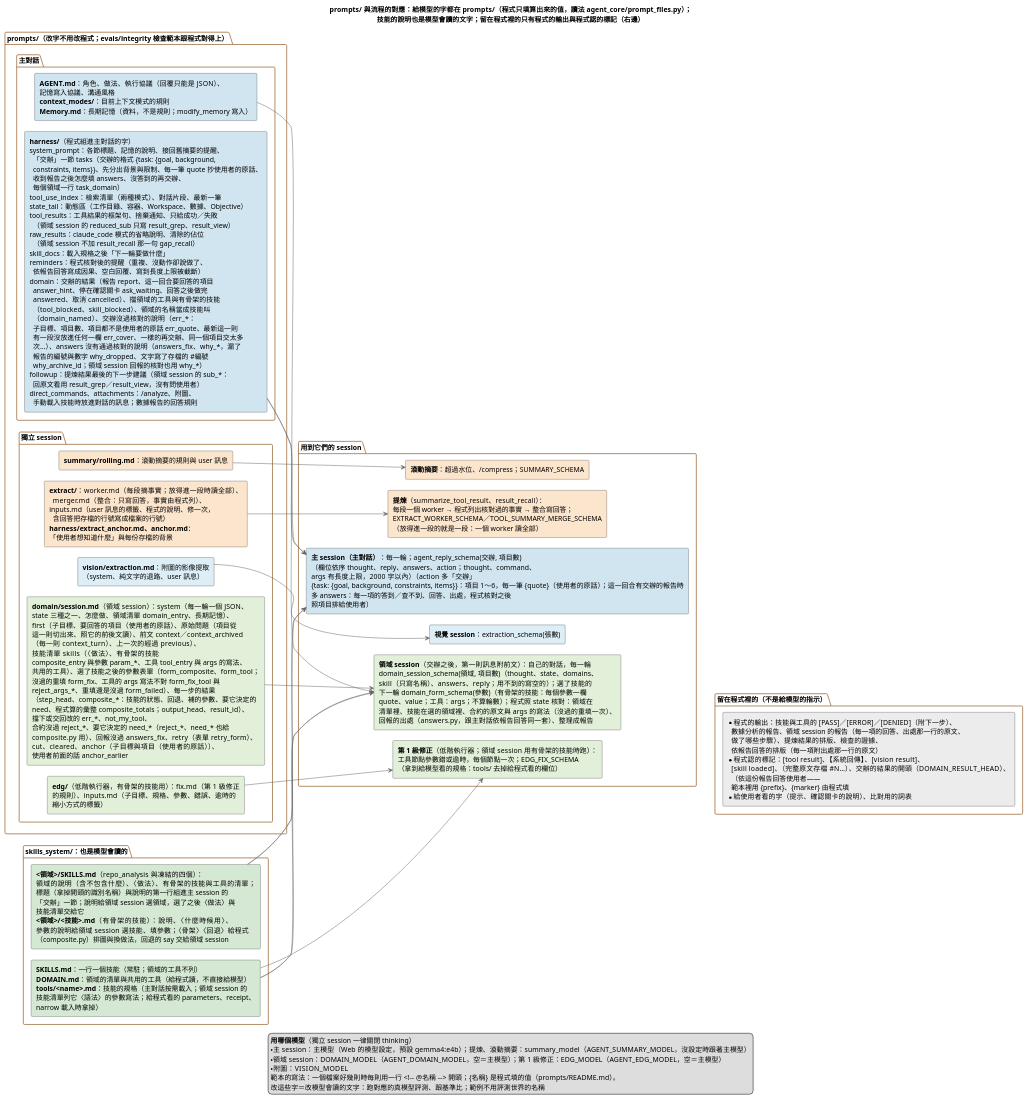
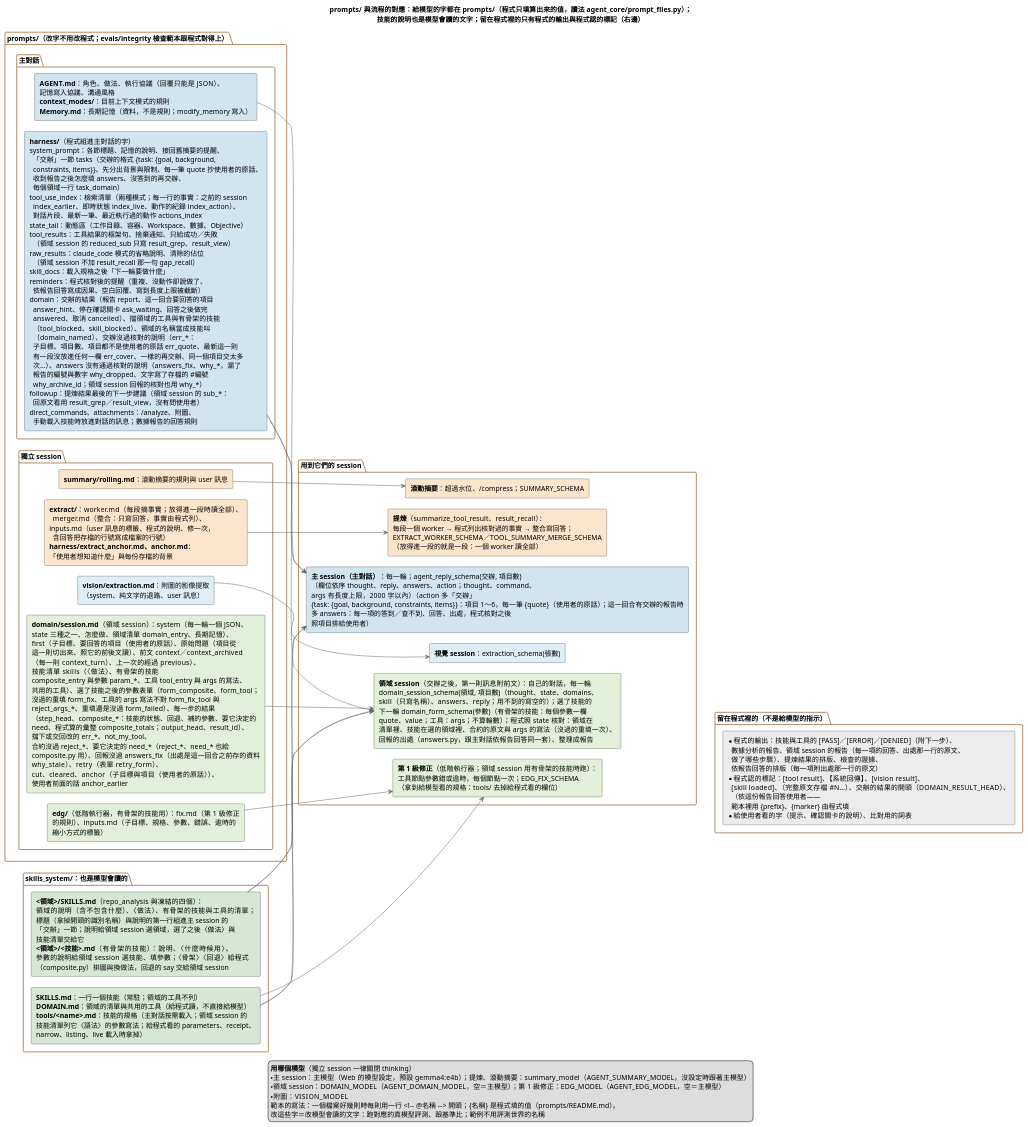
Before and after one commit to DavidZox/Coding_agnet: the diagram in doc/diagrams/prompts與流程的對應.puml, drawn with PlantUML. The commit also changed 12 other files, not shown here.

First line of the commit message:
docs: Architecture docs and diagrams for rounds 42-43; phase-end plan (round 44)

```diff
--- a/doc/diagrams/prompts與流程的對應.puml
+++ b/doc/diagrams/prompts與流程的對應.puml
@@ -1,191 +1,194 @@
 @startuml
 ' --- 樣式精準控制 ---
 skinparam shadowing false
 skinparam defaultFontName "Microsoft JhengHei"
 skinparam RectangleWidthMax 440
 skinparam PackageBorderColor #996633
 skinparam ArrowColor #666666
 skinparam ranksep 70
 skinparam nodesep 22
 left to right direction
 
 title prompts/ 與流程的對應：給模型的字都在 prompts/（程式只填算出來的值，讀法 agent_core/prompt_files.py）；\n技能的說明也是模型會讀的文字；留在程式裡的只有程式的輸出與程式認的標記（右邊）
 
 package "prompts/（改字不用改程式；evals/integrity 檢查範本跟程式對得上）" {
   package "主對話" {
     rectangle P_AGENT #D1E5F0 [
       **AGENT.md**：角色、做法、執行協議（回覆只能是 JSON）、
       記憶寫入協議、溝通風格
       **context_modes/**：目前上下文模式的規則
       **Memory.md**：長期記憶（資料，不是規則；modify_memory 寫入）
     ]
     rectangle P_HARNESS #D1E5F0 [
       **harness/**（程式組進主對話的字）
       system_prompt：各節標題、記憶的說明、接回舊摘要的提醒、
         「交辦」一節 tasks（交辦的格式 {task: {goal, background,
         constraints, items}}、先分出背景與限制、每一筆 quote 抄使用者的原話、
         收到報告之後怎麼填 answers、沒答到的再交辦、
         每個領域一行 task_domain）
-      tool_use_index：檢索清單（兩種模式）、對話片段、最新一筆
+      tool_use_index：檢索清單（兩種模式；每一行的事實：之前的 session
+        index_earlier、即時狀態 index_live、動作的紀錄 index_action）、
+        對話片段、最新一筆、最近執行過的動作 actions_index
       state_tail：動態區（工作目錄、容器、Workspace、數據、Objective）
       tool_results：工具結果的框架句、捨棄通知、只給成功／失敗
         （領域 session 的 reduced_sub 只寫 result_grep、result_view）
       raw_results：claude_code 模式的省略說明、清除的佔位
         （領域 session 不加 result_recall 那一句 gap_recall）
       skill_docs：載入規格之後「下一輪要做什麼」
       reminders：程式核對後的提醒（重複、沒動作卻說做了、
         依報告回答寫成因果、空白回覆、寫到長度上限被截斷）
       domain：交辦的結果（報告 report、這一回合要回答的項目
         answer_hint、停在確認關卡 ask_waiting、回答之後做完
         answered、取消 cancelled）、擋領域的工具與有骨架的技能
         （tool_blocked、skill_blocked）、領域的名稱當成技能叫
         （domain_named）、交辦沒過核對的說明（err_*：
         子目標、項目數、項目都不是使用者的原話 err_quote、最新這一則
         有一段沒放進任何一欄 err_cover、一樣的再交辦、同一個項目交太多
         次…）、answers 沒有通過核對的說明（answers_fix、why_*，漏了
         報告的編號與數字 why_dropped、文字寫了存檔的 #編號
         why_archive_id；領域 session 回報的核對也用 why_*）
       followup：提煉結果最後的下一步建議（領域 session 的 sub_*：
         回原文看用 result_grep／result_view，沒有問使用者）
       direct_commands、attachments：/analyze、附圖、
         手動載入技能時放進對話的訊息；數據報告的回答規則
     ]
   }
   package "獨立 session" {
     rectangle P_SUMMARY #FCE5CD [
       **summary/rolling.md**：滾動摘要的規則與 user 訊息
     ]
     rectangle P_EXTRACT #FCE5CD [
       **extract/**：worker.md（每段摘事實；放得進一段時讀全部）、
         merger.md（整合：只寫回答，事實由程式列）、
       inputs.md（user 訊息的標籤、程式的說明、修一次，
         含回答把存檔的行號寫成檔案的行號）
       **harness/extract_anchor.md、anchor.md**：
       「使用者想知道什麼」與每份存檔的背景
     ]
     rectangle P_VISION #DDEEF6 [
       **vision/extraction.md**：附圖的影像提取
       （system、純文字的退路、user 訊息）
     ]
     rectangle P_EDG #E2F0D9 [
       **edg/**（低階執行器，有骨架的技能用）：fix.md（第 1 級修正
       的規則）、inputs.md（子目標、規格、參數、錯誤、逾時的
       縮小方式的標籤）
     ]
     rectangle P_DOMAIN #E2F0D9 [
       **domain/session.md**（領域 session）：system（每一輪一個 JSON、
       state 三種之一、怎麼做、領域清單 domain_entry、長期記憶）、
       first（子目標、要回答的項目（使用者的原話）、原始問題（項目從
       這一則切出來、照它的前後文讀）、前文 context／context_archived
       （每一則 context_turn）、上一次的經過 previous）、
       技能清單 skills（〈做法〉、有骨架的技能
       composite_entry 與參數 param_*、工具 tool_entry 與 args 的寫法、
       共用的工具）、選了技能之後的參數表單（form_composite、form_tool；
       沒過的重填 form_fix、工具的 args 寫法不對 form_fix_tool 與
       reject_args_*、重填還是沒過 form_failed）、每一步的結果
       （step_head、composite_*：技能的狀態、回退、補的參數、要它決定的
       need、程式算的彙整 composite_totals；output_head、result_id）、
       擋下或交回改的 err_*、not_my_tool、
       合約沒過 reject_*、要它決定的 need_*（reject_*、need_* 也給
-      composite.py 用）、回報沒過 answers_fix、retry（表單 retry_form）、
+      composite.py 用）、回報沒過 answers_fix（出處是這一回合之前存的資料
+      why_stale）、retry（表單 retry_form）、
       cut、cleared、anchor（子目標與項目（使用者的原話））、
       使用者前面的話 anchor_earlier
     ]
   }
 }
 
 package "skills_system/：也是模型會讀的" {
   rectangle K_ALL #D5E8D4 [
     **SKILLS.md**：一行一個技能（常駐；領域的工具不列）
     **DOMAIN.md**：領域的清單與共用的工具（給程式讀，不直接給模型）
     **tools/<name>.md**：技能的規格（主對話按需載入；領域 session 的
     技能清單列它〈語法〉的參數寫法；給程式看的 parameters、receipt、
-    narrow 載入時拿掉）
+    narrow、listing、live 載入時拿掉）
   ]
   rectangle K_DOMAIN #D5E8D4 [
     **<領域>/SKILLS.md**（repo_analysis 與凍結的四個）：
     領域的說明（含不包含什麼）、〈做法〉、有骨架的技能與工具的清單；
     標題（拿掉開頭的識別名稱）與說明的第一行組進主 session 的
     「交辦」一節；說明給領域 session 選領域，選了之後〈做法〉與
     技能清單交給它
     **<領域>/<技能>.md**（有骨架的技能）：說明、〈什麼時候用〉、
     參數的說明給領域 session 選技能、填參數；〈骨架〉〈回退〉給程式
     （composite.py）排圖與換做法，回退的 say 交給領域 session
   ]
 }
 
 package "用到它們的 session" {
   rectangle S_MAIN #D1E5F0 [
     **主 session（主對話）**：每一輪；agent_reply_schema(交辦, 項目數)
     （欄位依序 thought、reply、answers、action；thought、command、
     args 有長度上限，2000 字以內）（action 多「交辦」
     {task: {goal, background, constraints, items}}：項目 1～6，每一筆 {quote}（使用者的原話）；這一回合有交辦的報告時
     多 answers：每一項的答到／查不到、回答、出處，程式核對之後
     照項目排給使用者）
   ]
   rectangle S_DOMAIN #E2F0D9 [
     **領域 session**（交辦之後，第一則訊息附前文）：自己的對話，每一輪
     domain_session_schema(領域, 項目數)（thought、state、domains、
     skill（只寫名稱）、answers、reply；用不到的寫空的）；選了技能的
     下一輪 domain_form_schema(參數)（有骨架的技能：每個參數一欄
     quote、value；工具：args；不算輪數）；程式照 state 核對：領域在
     清單裡、技能在選的領域裡、合約的原文與 args 的寫法（沒過的重填一次）、
     回報的出處（answers.py，跟主對話依報告回答同一套）、整理成報告
   ]
   rectangle S_SUMMARY #FCE5CD [
     **滾動摘要**：超過水位、/compress；SUMMARY_SCHEMA
   ]
   rectangle S_EXTRACT #FCE5CD [
     **提煉**（summarize_tool_result、result_recall）：
     每段一個 worker → 程式列出核對過的事實 → 整合寫回答；
     EXTRACT_WORKER_SCHEMA／TOOL_SUMMARY_MERGE_SCHEMA
     （放得進一段的就是一段：一個 worker 讀全部）
   ]
   rectangle S_VISION #DDEEF6 [
     **視覺 session**：extraction_schema(張數)
   ]
   rectangle S_EDG #E2F0D9 [
     **第 1 級修正**（低階執行器；領域 session 用有骨架的技能時跑）：
     工具節點參數錯或逾時，每個節點一次；EDG_FIX_SCHEMA
     （拿到給模型看的規格：tools/ 去掉給程式看的欄位）
   ]
 }
 
 package "留在程式裡的（不是給模型的指示）" {
   rectangle C_LIST #ECECEC [
     * 程式的輸出：技能與工具的 [PASS]／[ERROR]／[DENIED]（附下一步）、
       數據分析的報告、領域 session 的報告（每一項的回答、出處那一行的原文、
       做了哪些步驟）、提煉結果的排版、檢查的證據、
       依報告回答的排版（每一項附出處那一行的原文）
     * 程式認的標記：[tool result]、【系統回傳】、[vision result]、
       [skill loaded]、（完整原文存檔 #N…）、交辦的結果的開頭（DOMAIN_RESULT_HEAD）、
       （依這份報告回答使用者——
       範本裡用 {prefix}、{marker} 由程式填
     * 給使用者看的字（提示、確認關卡的說明）、比對用的詞表
   ]
 }
 
 P_AGENT --> S_MAIN
 P_HARNESS --> S_MAIN
 K_ALL --> S_MAIN
 P_SUMMARY --> S_SUMMARY
 P_EXTRACT --> S_EXTRACT
 P_VISION --> S_VISION
 P_EDG --> S_EDG
 K_ALL --> S_EDG
 P_DOMAIN --> S_DOMAIN
 P_HARNESS --> S_DOMAIN
 K_DOMAIN --> S_DOMAIN
 K_ALL --> S_DOMAIN
 K_DOMAIN --> S_MAIN
 S_EDG -[hidden]-> C_LIST
 
 legend bottom
   **用哪個模型**（獨立 session 一律關閉 thinking）
   ・主 session：主模型（Web 的模型設定，預設 gemma4:e4b）；提煉、滾動摘要：summary_model（AGENT_SUMMARY_MODEL，沒設定時跟著主模型）
   ・領域 session：DOMAIN_MODEL（AGENT_DOMAIN_MODEL，空＝主模型）；第 1 級修正：EDG_MODEL（AGENT_EDG_MODEL，空＝主模型）
   ・附圖：VISION_MODEL
   範本的寫法：一個檔案好幾則時每則用一行 <!~-- @名稱 ~--> 開頭；{名稱} 是程式填的值（prompts/README.md）。
   改這些字＝改模型會讀的文字：跑對應的真模型評測、跟基準比；範例不用評測世界的名稱
 endlegend
 @enduml
```
